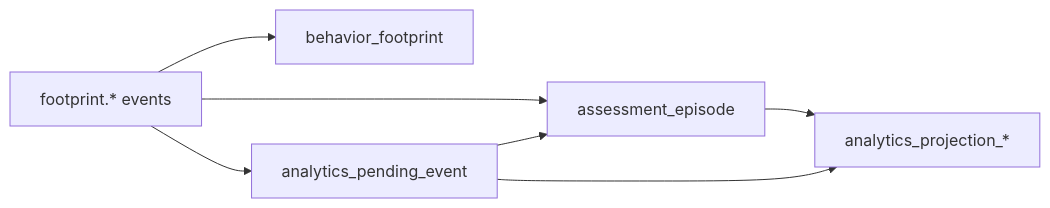
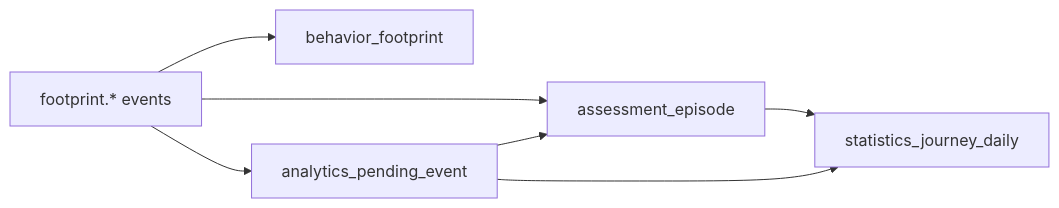
Before and after one commit to FangcunMount/qs-server: the first of 3 diagrams in docs/05-专题分析/behavior-projection/00-整体模型.md, drawn with Mermaid. The commit also changed other lines of this file and 28 other files, not shown here.

````diff
--- a/docs/05-专题分析/behavior-projection/00-整体模型.md
+++ b/docs/05-专题分析/behavior-projection/00-整体模型.md
@@ -30,9 +30,9 @@
 ```mermaid
 flowchart LR
     event["footprint.* events"] --> footprint["behavior_footprint"]
     event --> episode["assessment_episode"]
     event --> pending["analytics_pending_event"]
-    episode --> projection["analytics_projection_*"]
+    episode --> projection["statistics_journey_daily"]
     pending --> episode
     pending --> projection
 ```
````
